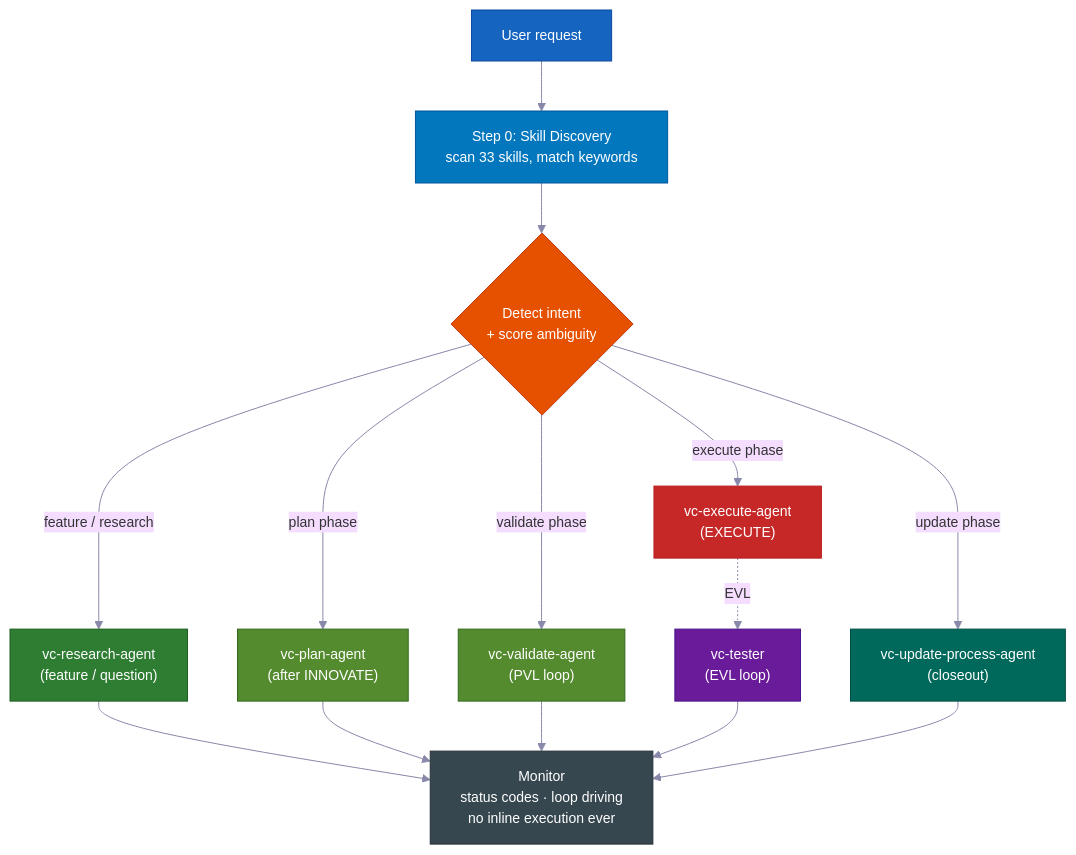
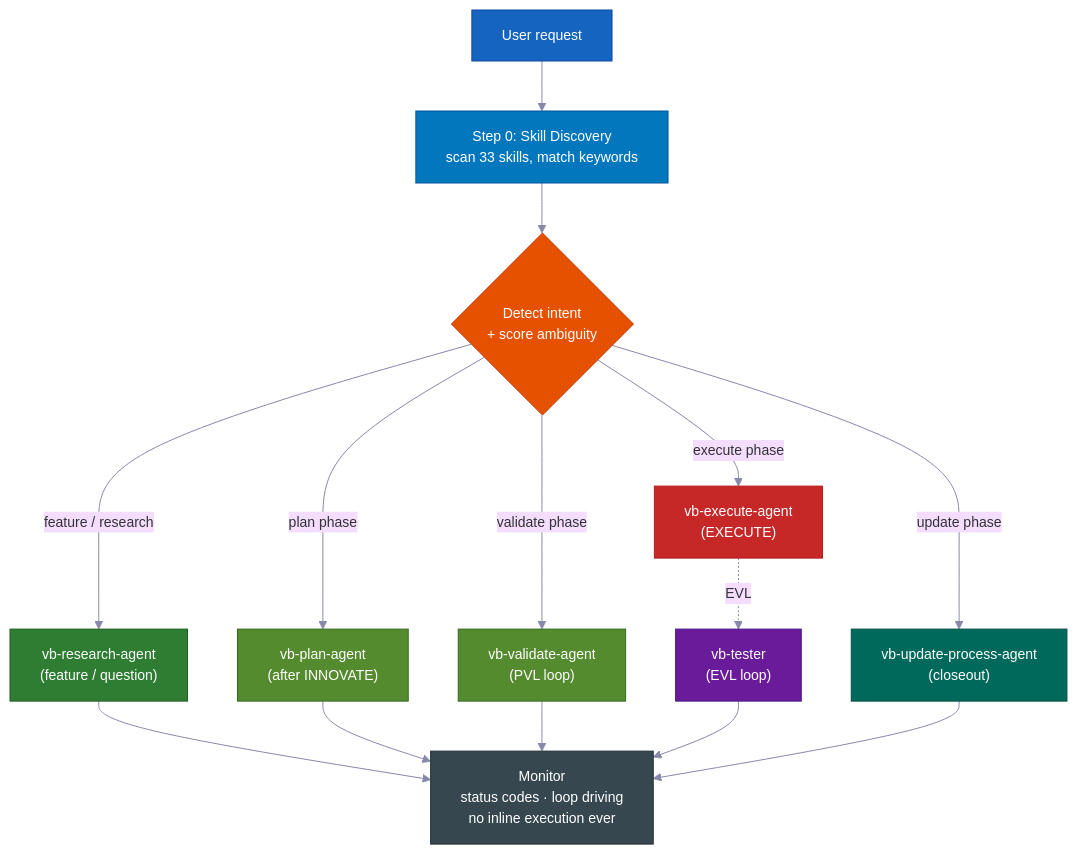
Before and after one commit to Tomwakeupat530amm/vibebelt-kit: the second of 14 diagrams in docs/i18n/README.pt-BR.md, drawn with Mermaid. The commit also changed other lines of this file and 646 other files, not shown here.

````diff
--- a/docs/i18n/README.pt-BR.md
+++ b/docs/i18n/README.pt-BR.md
@@ -557,38 +557,38 @@
 ```mermaid
 %%{init: {'theme': 'base', 'themeVariables': {'fontSize': '14px', 'lineColor': '#8888AA'}} }%%
 flowchart TD
     REQ["User request"]
     SD["Step 0: Skill Discovery\nscan 33 skills, match keywords"]
     INT{"Detect intent\n+ score ambiguity"}
-    RES["vc-research-agent\n(feature / question)"]
-    PLN["vc-plan-agent\n(after INNOVATE)"]
-    VAL["vc-validate-agent\n(PVL loop)"]
-    EXE["vc-execute-agent\n(EXECUTE)"]
-    TST["vc-tester\n(EVL loop)"]
-    UPD["vc-update-process-agent\n(closeout)"]
+    RES["vb-research-agent\n(feature / question)"]
+    PLN["vb-plan-agent\n(after INNOVATE)"]
+    VAL["vb-validate-agent\n(PVL loop)"]
+    EXE["vb-execute-agent\n(EXECUTE)"]
+    TST["vb-tester\n(EVL loop)"]
+    UPD["vb-update-process-agent\n(closeout)"]
     MON["Monitor\nstatus codes · loop driving\nno inline execution ever"]
 
     REQ --> SD --> INT
     INT -->|"feature / research"| RES
     INT -->|"plan phase"| PLN
     INT -->|"validate phase"| VAL
     INT -->|"execute phase"| EXE
     EXE -.->|"EVL"| TST
     INT -->|"update phase"| UPD
     RES --> MON
     PLN --> MON
     VAL --> MON
     TST --> MON
     UPD --> MON
 
     style REQ fill:#1565C0,stroke:#0D47A1,color:#FFFFFF
     style SD fill:#0277BD,stroke:#01579B,color:#FFFFFF
     style INT fill:#E65100,stroke:#BF360C,color:#FFFFFF
     style RES fill:#2E7D32,stroke:#1B5E20,color:#FFFFFF
     style PLN fill:#558B2F,stroke:#33691E,color:#FFFFFF
     style VAL fill:#558B2F,stroke:#33691E,color:#FFFFFF
     style EXE fill:#C62828,stroke:#B71C1C,color:#FFFFFF
     style TST fill:#6A1B9A,stroke:#4A148C,color:#FFFFFF
     style UPD fill:#00695C,stroke:#004D40,color:#FFFFFF
     style MON fill:#37474F,stroke:#263238,color:#FFFFFF
 ```
````
